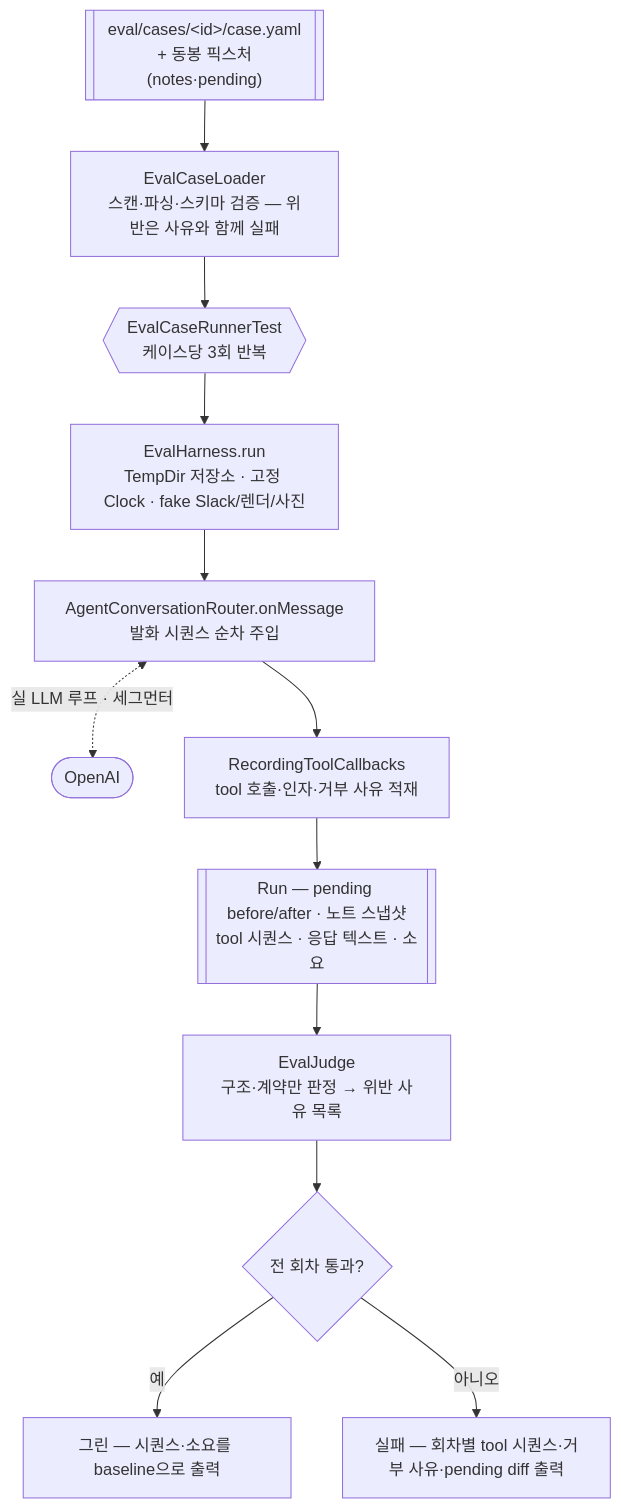
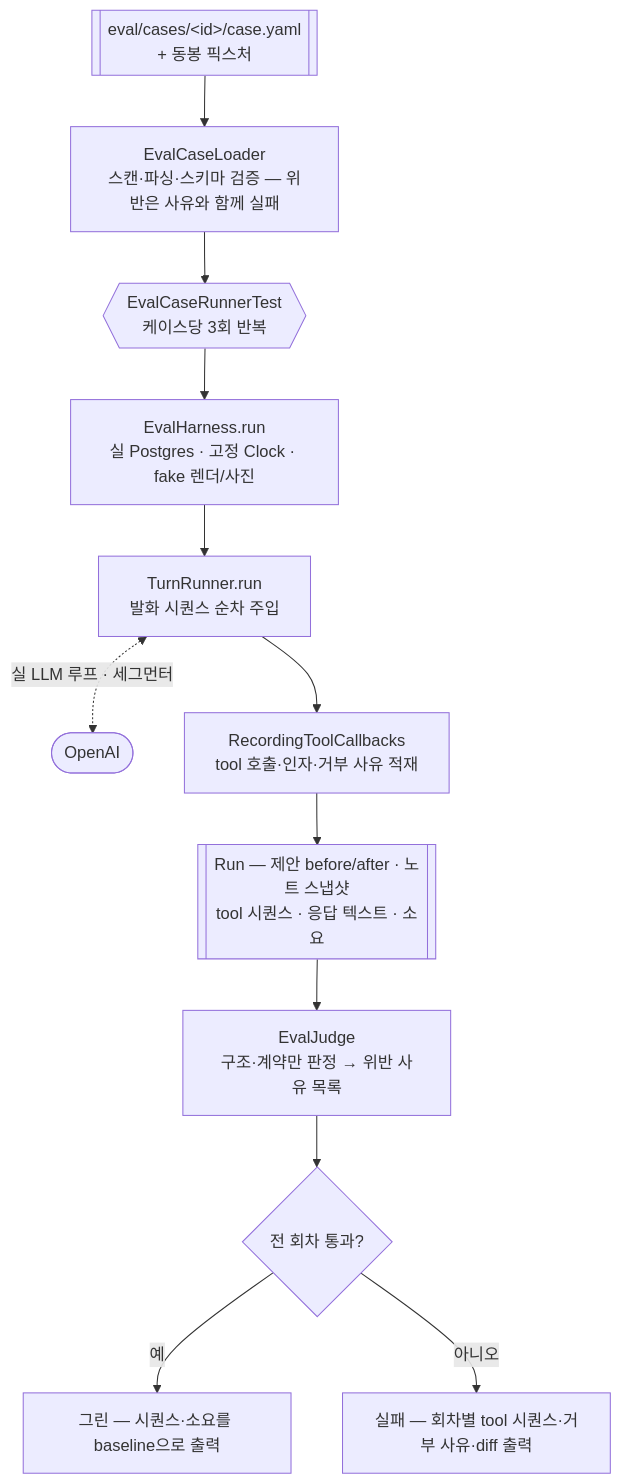
The ninth of 9 diagrams in docs/architecture-classes-and-flows.md (devwuu/mocha), drawn with Mermaid before and after one commit. The commit also changed other lines of this file and 1 other file, not shown here.

````diff
--- a/docs/architecture-classes-and-flows.md
+++ b/docs/architecture-classes-and-flows.md
@@ -577,14 +619,14 @@
 ```mermaid
 flowchart TB
-    Y[["eval/cases/&lt;id&gt;/case.yaml<br/>+ 동봉 픽스처(notes·pending)"]] --> L[EvalCaseLoader<br/>스캔·파싱·스키마 검증 — 위반은 사유와 함께 실패]
+    Y[["eval/cases/&lt;id&gt;/case.yaml<br/>+ 동봉 픽스처"]] --> L[EvalCaseLoader<br/>스캔·파싱·스키마 검증 — 위반은 사유와 함께 실패]
     L --> R{{EvalCaseRunnerTest<br/>케이스당 3회 반복}}
-    R --> H[EvalHarness.run<br/>TempDir 저장소 · 고정 Clock · fake Slack/렌더/사진]
-    H --> ROUTER[AgentConversationRouter.onMessage<br/>발화 시퀀스 순차 주입]
-    ROUTER <-.->|"실 LLM 루프 · 세그먼터"| OA(["OpenAI"])
-    ROUTER --> REC[RecordingToolCallbacks<br/>tool 호출·인자·거부 사유 적재]
-    REC --> RUN[["Run — pending before/after · 노트 스냅샷<br/>tool 시퀀스 · 응답 텍스트 · 소요"]]
+    R --> H[EvalHarness.run<br/>실 Postgres · 고정 Clock · fake 렌더/사진]
+    H --> RUNNER[TurnRunner.run<br/>발화 시퀀스 순차 주입]
+    RUNNER <-.->|"실 LLM 루프 · 세그먼터"| OA(["OpenAI"])
+    RUNNER --> REC[RecordingToolCallbacks<br/>tool 호출·인자·거부 사유 적재]
+    REC --> RUN[["Run — 제안 before/after · 노트 스냅샷<br/>tool 시퀀스 · 응답 텍스트 · 소요"]]
     RUN --> J[EvalJudge<br/>구조·계약만 판정 → 위반 사유 목록]
     J --> V{전 회차 통과?}
     V -->|예| G[그린 — 시퀀스·소요를 baseline으로 출력]
-    V -->|아니오| F[실패 — 회차별 tool 시퀀스·거부 사유·pending diff 출력]
+    V -->|아니오| F[실패 — 회차별 tool 시퀀스·거부 사유·diff 출력]
 ```
````
